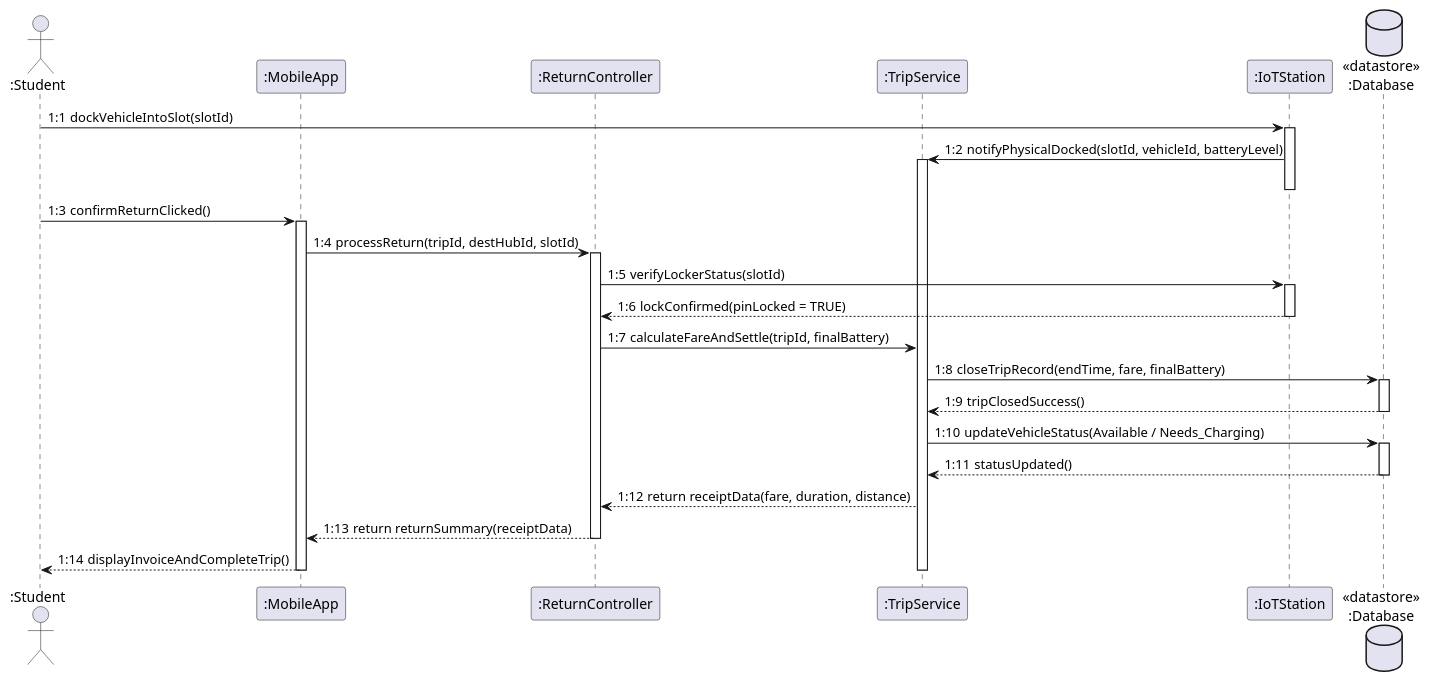
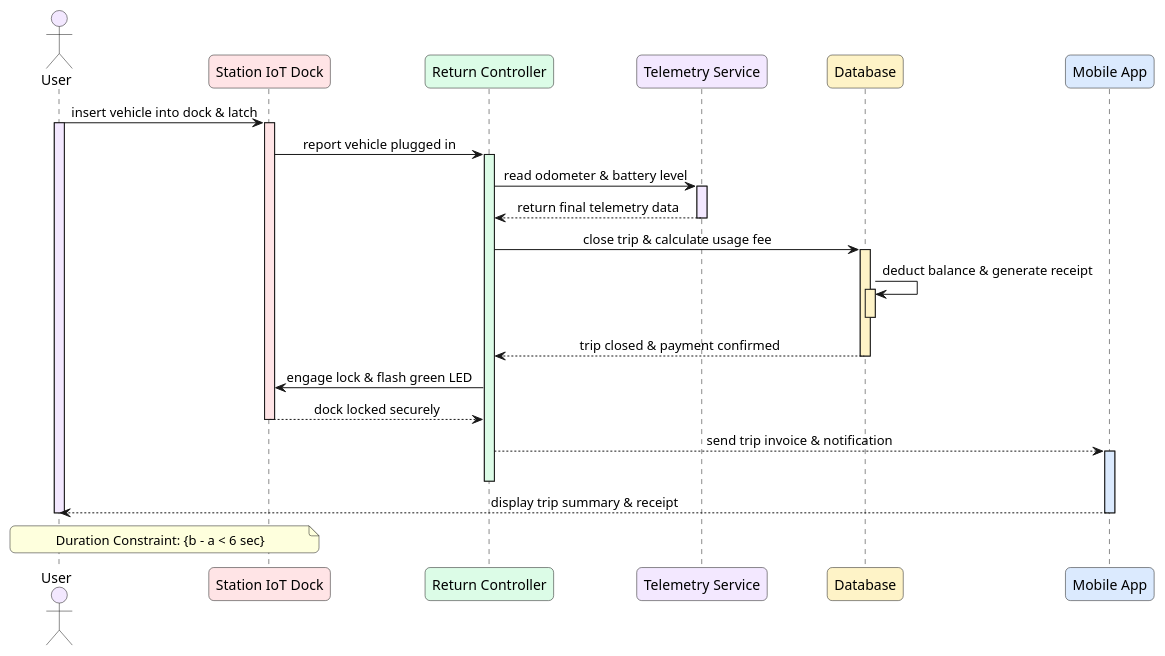
Before and after one commit to YdtTran/software-engineerning: the fifth of 14 diagrams in 01_Diagram/02_Sequence_Diagram/PLANTUML_SEQUENCE.md, drawn with PlantUML. The commit also changed other lines of this file and 19 other files, not shown here.

Commit message:
feat(diagram): update sequence diagrams with slide-standard visuals and rendered pngs

````diff
--- a/01_Diagram/02_Sequence_Diagram/PLANTUML_SEQUENCE.md
+++ b/01_Diagram/02_Sequence_Diagram/PLANTUML_SEQUENCE.md
@@ -188,45 +217,53 @@
 ```plantuml
 @startuml
-skinparam responseMessageBelowArrow true
-autonumber "1:"
-actor ":Student" as User
-participant ":MobileApp" as UI
-participant ":ReturnController" as Ctrl
-participant ":TripService" as Svc
-participant ":IoTStation" as IoT
-database "<<datastore>>\n:Database" as DB
+skinparam sequenceMessageAlign center
+skinparam responseMessageBelowArrow false
+skinparam roundcorner 10
+skinparam ParticipantPadding 25
+skinparam BoxPadding 15
 
-User -> IoT: dockVehicleIntoSlot(slotId)
-activate IoT
-IoT -> Svc: notifyPhysicalDocked(slotId, vehicleId, batteryLevel)
-activate Svc
-deactivate IoT
+actor "User" as User #f3e8ff
+participant "Station IoT Dock" as Dock #ffe4e6
+participant "Return Controller" as Ctrl #dcfce7
+participant "Telemetry Service" as Tele #f3e8ff
+participant "Database" as DB #fef3c7
+participant "Mobile App" as App #dbeafe
 
-User -> UI: confirmReturnClicked()
-activate UI
-UI -> Ctrl: processReturn(tripId, destHubId, slotId)
-activate Ctrl
-Ctrl -> IoT: verifyLockerStatus(slotId)
-activate IoT
-IoT --> Ctrl: lockConfirmed(pinLocked = TRUE)
-deactivate IoT
+User -> Dock: insert vehicle into dock & latch
+activate User #f3e8ff
+activate Dock #ffe4e6
 
-Ctrl -> Svc: calculateFareAndSettle(tripId, finalBattery)
-Svc -> DB: closeTripRecord(endTime, fare, finalBattery)
-activate DB
-DB --> Svc: tripClosedSuccess()
+Dock -> Ctrl: report vehicle plugged in
+activate Ctrl #dcfce7
+
+Ctrl -> Tele: read odometer & battery level
+activate Tele #f3e8ff
+
+Tele --> Ctrl: return final telemetry data
+deactivate Tele
+
+Ctrl -> DB: close trip & calculate usage fee
+activate DB #fef3c7
+
+DB -> DB: deduct balance & generate receipt
+activate DB #fef3c7
 deactivate DB
 
-Svc -> DB: updateVehicleStatus(Available / Needs_Charging)
-activate DB
-DB --> Svc: statusUpdated()
+DB --> Ctrl: trip closed & payment confirmed
 deactivate DB
 
-Svc --> Ctrl: return receiptData(fare, duration, distance)
-Ctrl --> UI: return returnSummary(receiptData)
+Ctrl -> Dock: engage lock & flash green LED
+Dock --> Ctrl: dock locked securely
+deactivate Dock
+
+Ctrl --> App: send trip invoice & notification
+activate App #dbeafe
 deactivate Ctrl
-UI --> User: displayInvoiceAndCompleteTrip()
-deactivate UI
-deactivate Svc
+
+App --> User: display trip summary & receipt
+deactivate App
+deactivate User
+
+note over User, Dock: Duration Constraint: {b - a < 6 sec}
 @enduml
 ```
````
